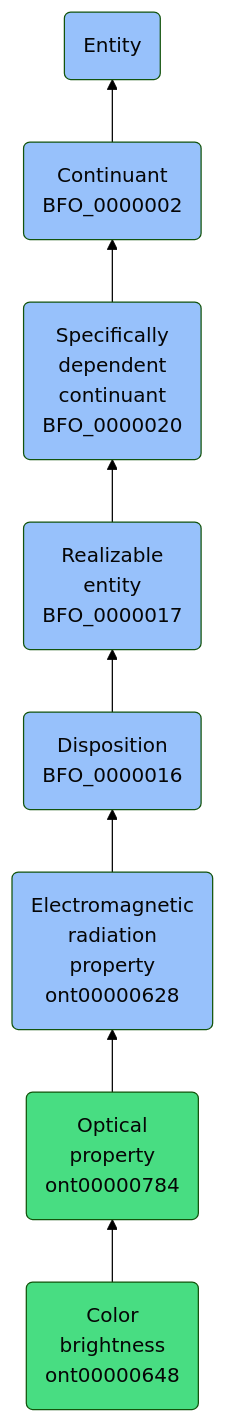
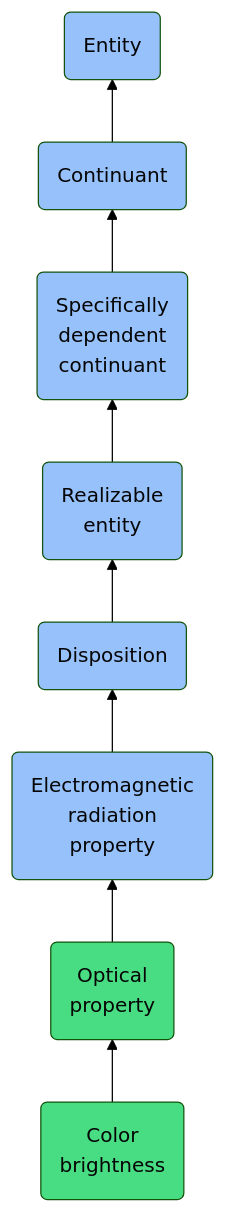
One commit to jupyter-naas/abi changed the diagram in docs/ontology/reference/model/Entity/Continuant/Specifically dependent continuant/Realizable entity/Disposition/Electromagnetic radiation property/Optical property/Color brightness/Color brightness.md. Above: the diagram before and after it, drawn with Mermaid (forest theme). The commit also changed other lines of this file and 1430 other files, not shown here.

````diff
--- a/docs/ontology/reference/model/Entity/Continuant/Specifically dependent continuant/Realizable entity/Disposition/Electromagnetic radiation property/Optical property/Color brightness/Color brightness.md
+++ b/docs/ontology/reference/model/Entity/Continuant/Specifically dependent continuant/Realizable entity/Disposition/Electromagnetic radiation property/Optical property/Color brightness/Color brightness.md
@@ -24,15 +24,15 @@
 ```mermaid
 graph BT
-    ont00000648(Color<br>brightness<br>ont00000648):::ABI-->ont00000784
-    ont00000784(Optical<br>property<br>ont00000784):::ABI-->ont00000628
-    ont00000628(Electromagnetic<br>radiation<br>property<br>ont00000628):::BFO-->BFO_0000016
-    BFO_0000016(Disposition<br>BFO_0000016):::BFO-->BFO_0000017
-    BFO_0000017(Realizable<br>entity<br>BFO_0000017):::BFO-->BFO_0000020
-    BFO_0000020(Specifically<br>dependent<br>continuant<br>BFO_0000020):::BFO-->BFO_0000002
-    BFO_0000002(Continuant<br>BFO_0000002):::BFO-->BFO_0000001
+    ont00000648(Color<br>brightness):::ABI-->ont00000784
+    ont00000784(Optical<br>property):::ABI-->ont00000628
+    ont00000628(Electromagnetic<br>radiation<br>property):::BFO-->BFO_0000016
+    BFO_0000016(Disposition):::BFO-->BFO_0000017
+    BFO_0000017(Realizable<br>entity):::BFO-->BFO_0000020
+    BFO_0000020(Specifically<br>dependent<br>continuant):::BFO-->BFO_0000002
+    BFO_0000002(Continuant):::BFO-->BFO_0000001
     BFO_0000001(Entity):::BFO
     
     classDef BFO fill:#97c1fb,color:#060606
     classDef CCO fill:#e4c51e,color:#060606
     classDef ABI fill:#48DD82,color:#060606
 ```
````
